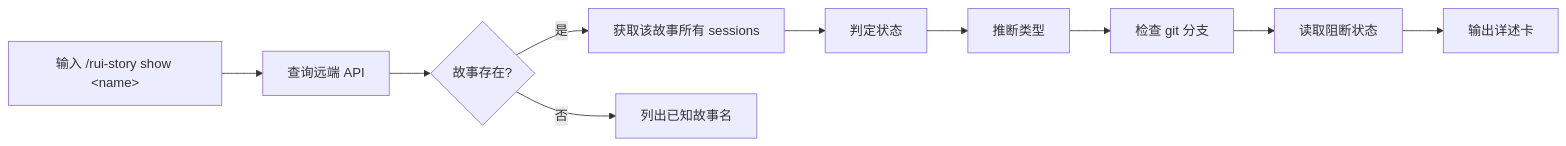
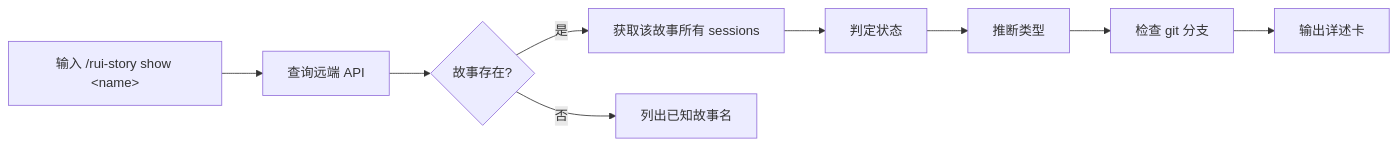
Before and after one commit to effiy/YrY: the fourth of 8 diagrams in docs/故事任务面板/rui-story/YrY-使用场景.md, drawn with Mermaid. The commit also changed other lines of this file and 129 other files, not shown here.

````diff
--- a/docs/故事任务面板/rui-story/YrY-使用场景.md
+++ b/docs/故事任务面板/rui-story/YrY-使用场景.md
@@ -183,12 +116,11 @@
 ```mermaid
 flowchart LR
     A["输入 /rui-story show &lt;name&gt;"] --> B["查询远端 API"]
     B --> C{"故事存在?"}
     C -->|"是"| D["获取该故事所有 sessions"]
     C -->|"否"| E["列出已知故事名"]
     D --> F["判定状态"]
     F --> G["推断类型"]
     G --> H["检查 git 分支"]
-    H --> I["读取阻断状态"]
-    I --> J["输出详述卡"]
+    H --> I["输出详述卡"]
 ```
````
